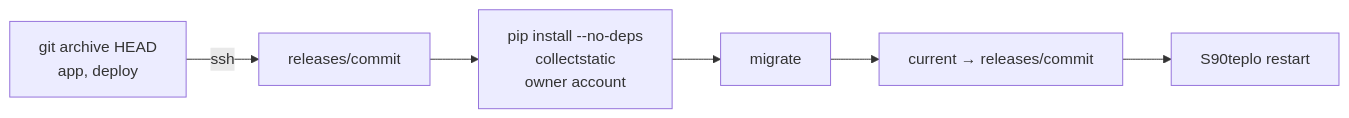
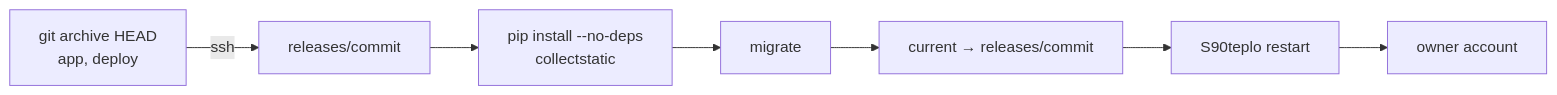
One commit to Barsoomx/teplo changed the diagram in docs/deploy.md. Above: the diagram before and after it, drawn with Mermaid. The commit also changed other lines of this file and 3 other files, not shown here.

````diff
--- a/docs/deploy.md
+++ b/docs/deploy.md
@@ -27,8 +27,9 @@
 ```mermaid
 flowchart LR
     archive["git archive HEAD<br/>app, deploy"] -->|ssh| release["releases/commit"]
-    release --> prepare["pip install --no-deps<br/>collectstatic<br/>owner account"]
+    release --> prepare["pip install --no-deps<br/>collectstatic"]
     prepare --> migrate["migrate"]
     migrate --> switch["current → releases/commit"]
     switch --> restart["S90teplo restart"]
+    restart --> owner["owner account"]
 ```
````
